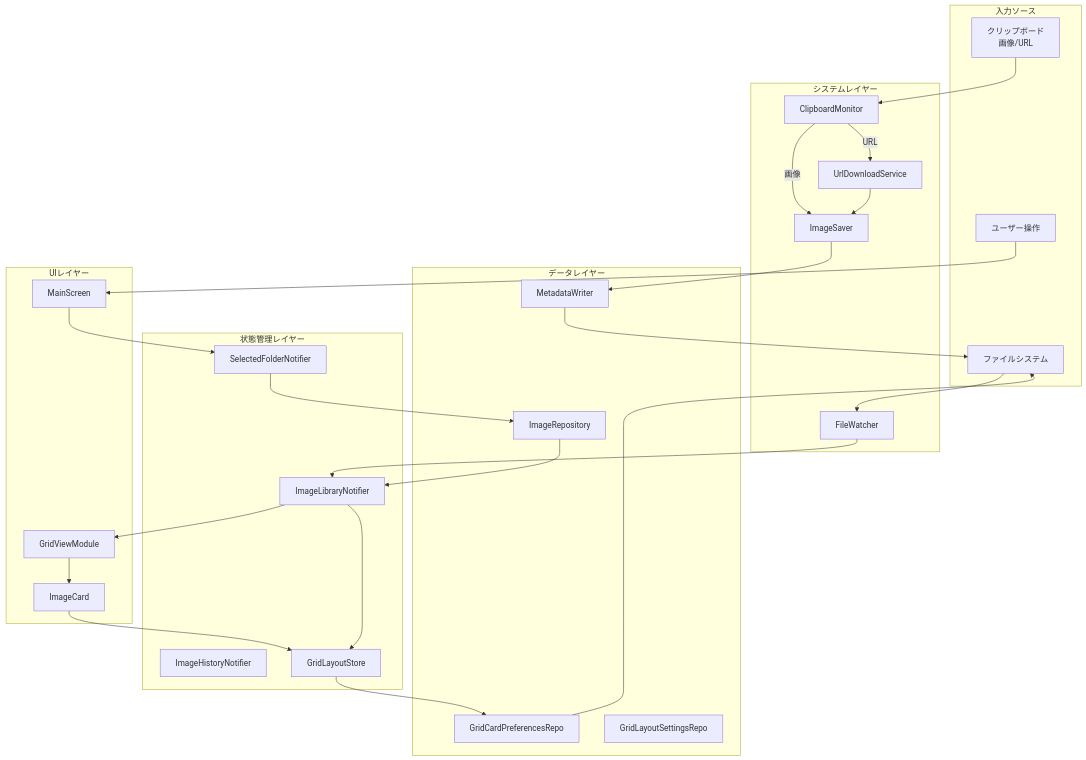
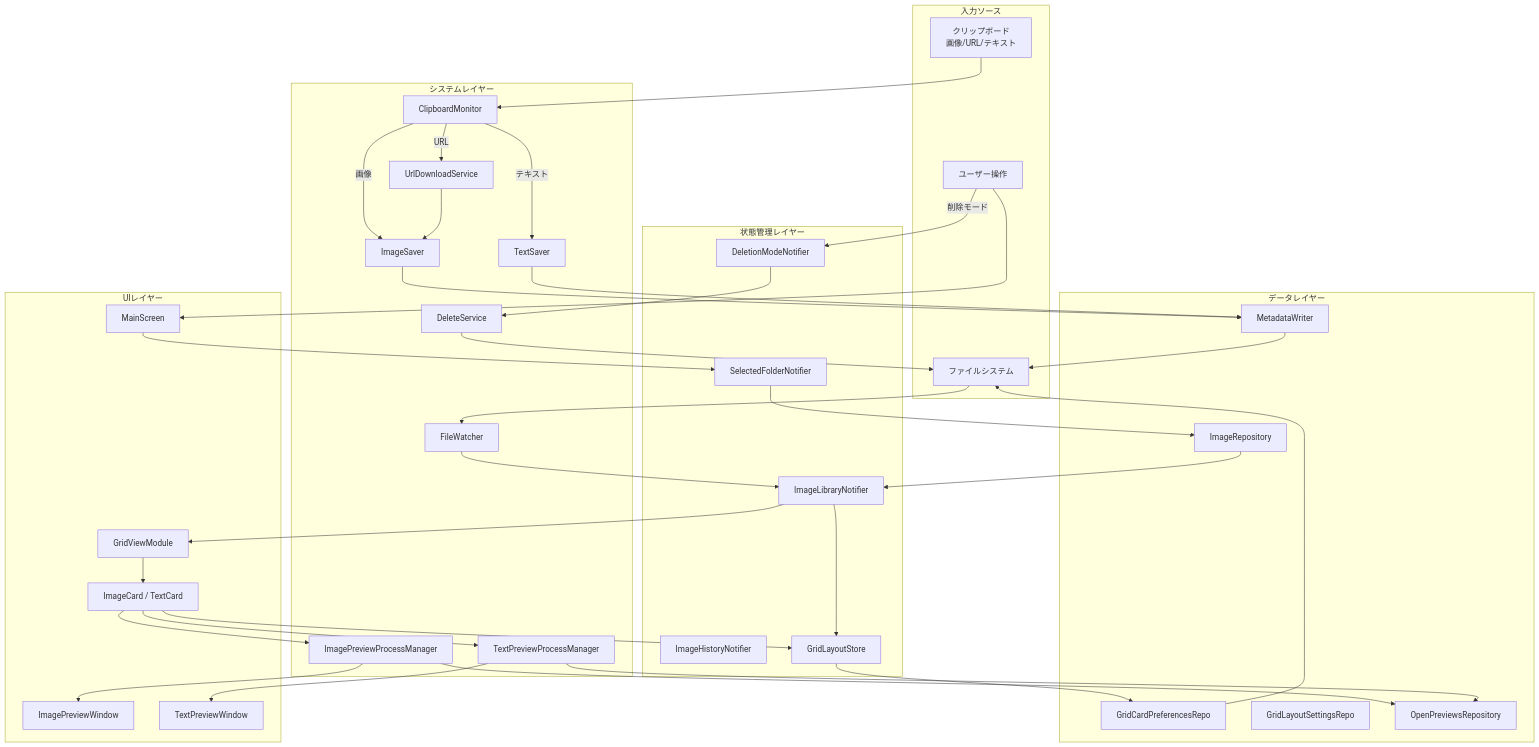
One commit to lietsee/clip-pix changed the first of 11 diagrams in docs/architecture/data_flow.md. Above: the diagram before and after it, drawn with Mermaid. The commit also changed other lines of this file and 13 other files, not shown here.

````diff
--- a/docs/architecture/data_flow.md
+++ b/docs/architecture/data_flow.md
@@ -9,57 +9,78 @@
 ```mermaid
 flowchart TB
     subgraph Input["入力ソース"]
-        CB[クリップボード<br>画像/URL]
+        CB[クリップボード<br>画像/URL/テキスト]
         FILE[ファイルシステム]
         USER[ユーザー操作]
     end
 
     subgraph System["システムレイヤー"]
         CBM[ClipboardMonitor]
         FW[FileWatcher]
         IS[ImageSaver]
+        TS[TextSaver]
         UDS[UrlDownloadService]
+        DS[DeleteService]
+        IPPM[ImagePreviewProcessManager]
+        TPPM[TextPreviewProcessManager]
     end
 
     subgraph State["状態管理レイヤー"]
         ILN[ImageLibraryNotifier]
         IHN[ImageHistoryNotifier]
         GLS[GridLayoutStore]
         SFN[SelectedFolderNotifier]
+        DMN[DeletionModeNotifier]
     end
 
     subgraph Data["データレイヤー"]
         IR[ImageRepository]
         GCPR[GridCardPreferencesRepo]
         GLSR[GridLayoutSettingsRepo]
+        OPR[OpenPreviewsRepository]
         MW[MetadataWriter]
     end
 
     subgraph UI["UIレイヤー"]
         MS[MainScreen]
         GV[GridViewModule]
-        IC[ImageCard]
+        IC[ImageCard / TextCard]
+        IPW[ImagePreviewWindow]
+        TPW[TextPreviewWindow]
     end
 
     CB --> CBM
     CBM -->|画像| IS
     CBM -->|URL| UDS
+    CBM -->|テキスト| TS
     UDS --> IS
     IS --> MW
+    TS --> MW
     MW --> FILE
     FILE --> FW
     FW --> ILN
     ILN --> GV
 
     USER --> MS
     MS --> SFN
     SFN --> IR
     IR --> ILN
 
     ILN --> GLS
     GLS --> GCPR
     GCPR --> FILE
 
     GV --> IC
     IC --> GLS
+
+    IC --> IPPM
+    IC --> TPPM
+    IPPM --> IPW
+    TPPM --> TPW
+    IPPM --> OPR
+    TPPM --> OPR
+
+    USER -->|削除モード| DMN
+    DMN --> DS
+    DS --> FILE
 ```
````
